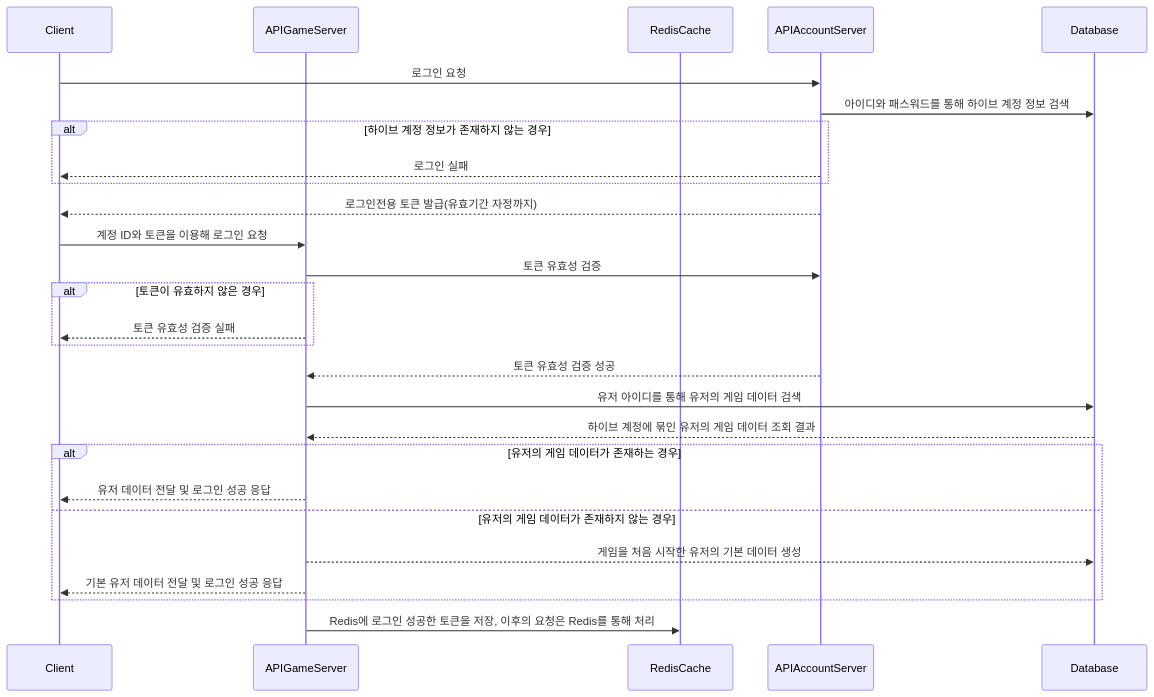
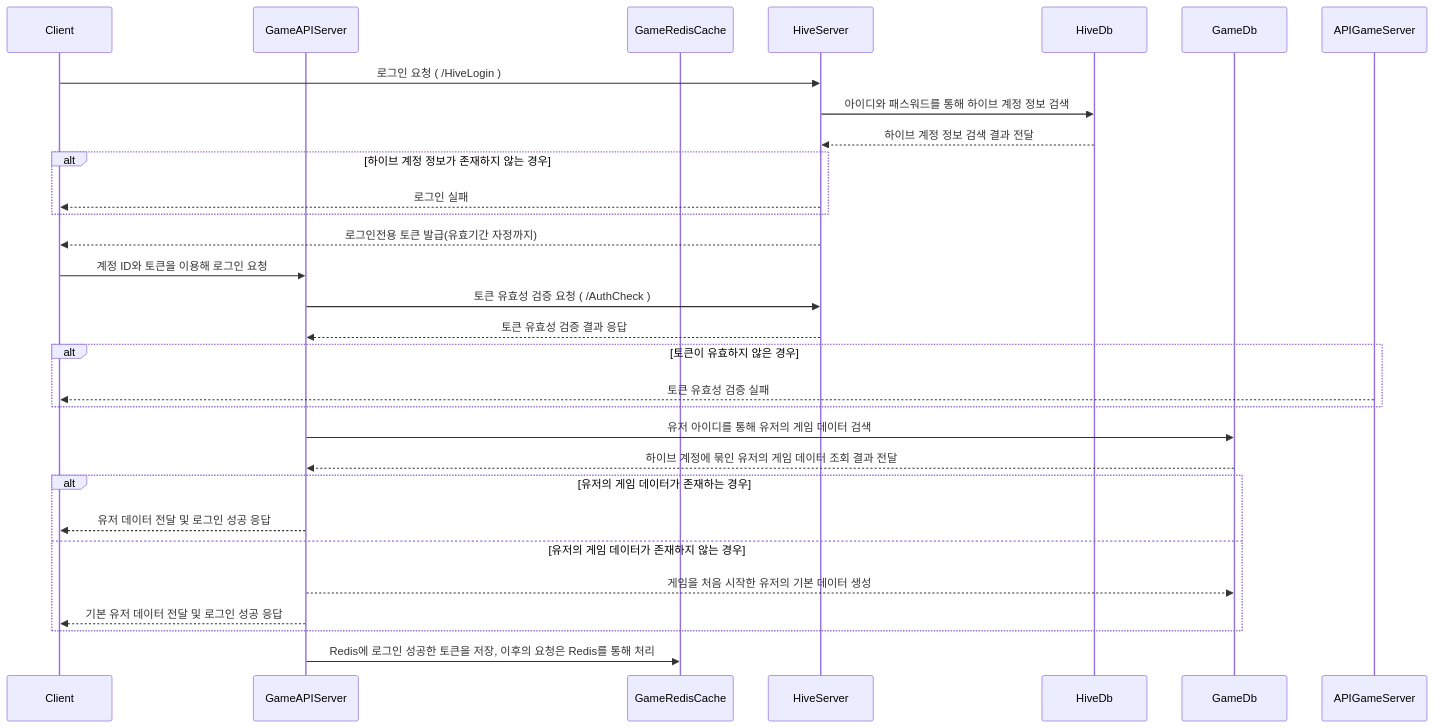
The second of 2 diagrams in SequenceDiagram.md (ks-wook/com2us_omok_server), drawn with Mermaid before and after one commit. The commit also changed other lines of this file, not shown here.

````diff
--- a/SequenceDiagram.md
+++ b/SequenceDiagram.md
@@ -31,36 +32,37 @@
 ```mermaid
 sequenceDiagram
     
     participant Client
-    participant APIGameServer
-    participant RedisCache
-    participant APIAccountServer
-    participant Database
+    participant GameAPIServer
+    participant GameRedisCache
+    participant HiveServer
+    participant HiveDb
+    participant GameDb
 
 
-    Client             ->> APIAccountServer:  로그인 요청
-    APIAccountServer   ->> Database:          아이디와 패스워드를 통해 하이브 계정 정보 검색
+    Client             ->> HiveServer:        로그인 요청 ( /HiveLogin )
+    HiveServer         ->> HiveDb:            아이디와 패스워드를 통해 하이브 계정 정보 검색
+    HiveDb            -->> HiveServer:        하이브 계정 정보 검색 결과 전달
     alt 하이브 계정 정보가 존재하지 않는 경우
-    APIAccountServer -->> Client:             로그인 실패
+        HiveServer    -->> Client:            로그인 실패
     end
 
-    APIAccountServer  -->> Client:            로그인전용 토큰 발급(유효기간 자정까지)
-
-    Client ->> APIGameServer:                 계정 ID와 토큰을 이용해 로그인 요청
-    APIGameServer ->> APIAccountServer:       토큰 유효성 검증
+    HiveServer        -->> Client:            로그인전용 토큰 발급(유효기간 자정까지)
+    Client             ->> GameAPIServer:     계정 ID와 토큰을 이용해 로그인 요청
+    GameAPIServer      ->> HiveServer:        토큰 유효성 검증 요청 ( /AuthCheck )
+    HiveServer        -->> GameAPIServer:     토큰 유효성 검증 결과 응답
     alt 토큰이 유효하지 않은 경우
-    APIGameServer -->> Client:                토큰 유효성 검증 실패
+        APIGameServer -->> Client:            토큰 유효성 검증 실패
     end
 
-    APIAccountServer -->> APIGameServer:      토큰 유효성 검증 성공
-    APIGameServer ->> Database:               유저 아이디를 통해 유저의 게임 데이터 검색
-    Database -->> APIGameServer:              하이브 계정에 묶인 유저의 게임 데이터 조회 결과
+    GameAPIServer      ->> GameDb:            유저 아이디를 통해 유저의 게임 데이터 검색
+    GameDb            -->> GameAPIServer:     하이브 계정에 묶인 유저의 게임 데이터 조회 결과 전달
     alt 유저의 게임 데이터가 존재하는 경우
-        APIGameServer -->> Client:            유저 데이터 전달 및 로그인 성공 응답
+        GameAPIServer -->> Client:            유저 데이터 전달 및 로그인 성공 응답
     else 유저의 게임 데이터가 존재하지 않는 경우
-        APIGameServer -->> Database:          게임을 처음 시작한 유저의 기본 데이터 생성
-        APIGameServer -->> Client:            기본 유저 데이터 전달 및 로그인 성공 응답
+        GameAPIServer -->> GameDb:            게임을 처음 시작한 유저의 기본 데이터 생성
+        GameAPIServer -->> Client:            기본 유저 데이터 전달 및 로그인 성공 응답
     end
-    APIGameServer ->> RedisCache:             Redis에 로그인 성공한 토큰을 저장, 이후의 요청은 Redis를 통해 처리
+    GameAPIServer      ->> GameRedisCache:    Redis에 로그인 성공한 토큰을 저장, 이후의 요청은 Redis를 통해 처리
     
 ```
````
